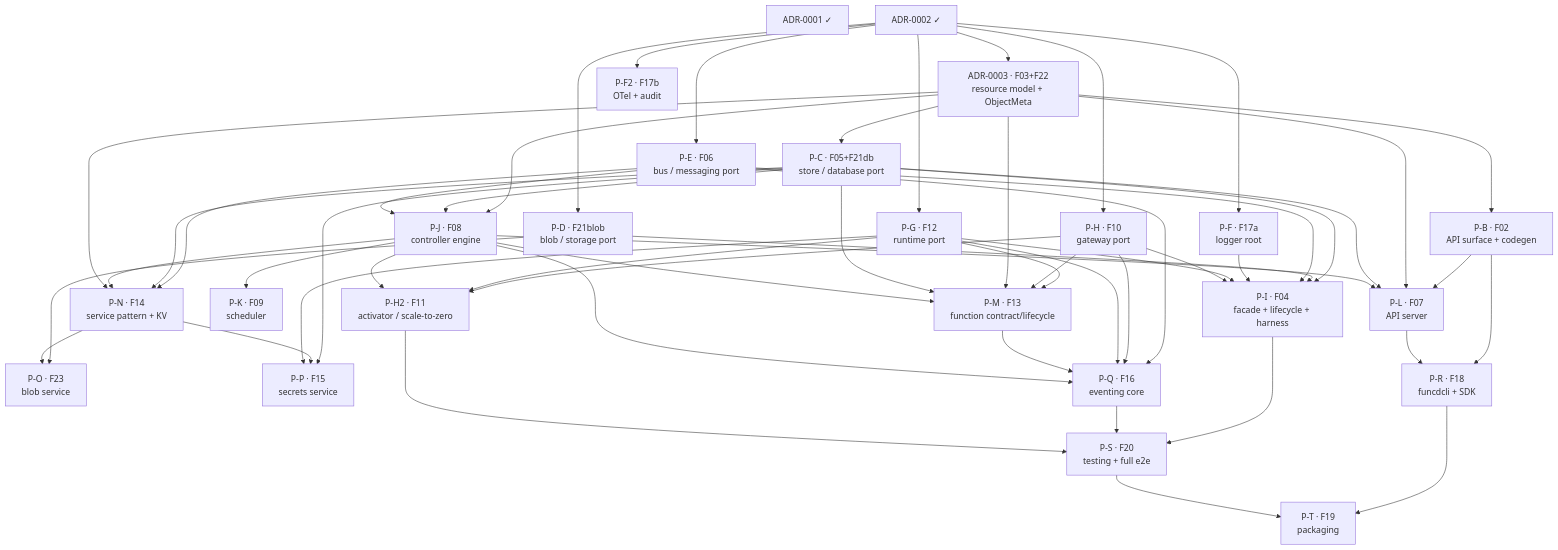
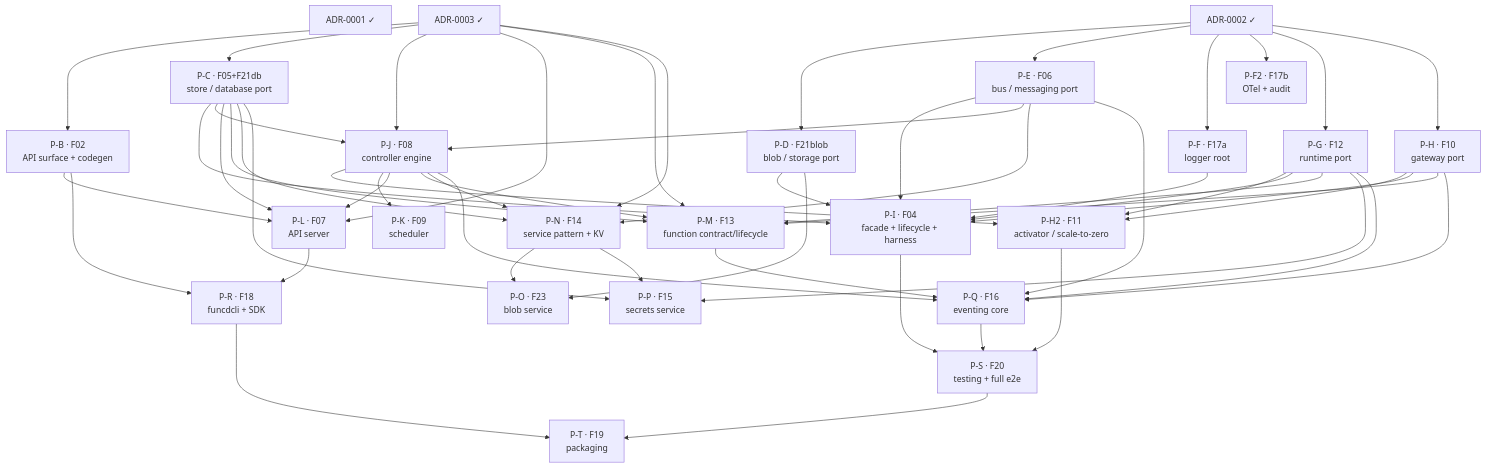
The diagram in docs/roadmap/v1-delivery-plan.md (pyvvo/funcd), drawn with Mermaid before and after one commit. The commit also changed other lines of this file and 1 other file, not shown here.

Commit message:
chore: update V1 delivery plan and plan JSON to reflect ADR-0003 implementation

````diff
--- a/docs/roadmap/v1-delivery-plan.md
+++ b/docs/roadmap/v1-delivery-plan.md
@@ -87,80 +89,79 @@
 ```mermaid
 flowchart TB
     ADR_0001["ADR-0001 ✓"]
     ADR_0002["ADR-0002 ✓"]
-    ADR_0003["ADR-0003 · F03+F22<br/>resource model + ObjectMeta"]
+    ADR_0003["ADR-0003 ✓"]
     P_B["P-B · F02<br/>API surface + codegen"]
     P_C["P-C · F05+F21db<br/>store / database port"]
     P_D["P-D · F21blob<br/>blob / storage port"]
     P_E["P-E · F06<br/>bus / messaging port"]
     P_F["P-F · F17a<br/>logger root"]
     P_F2["P-F2 · F17b<br/>OTel + audit"]
     P_G["P-G · F12<br/>runtime port"]
     P_H["P-H · F10<br/>gateway port"]
     P_H2["P-H2 · F11<br/>activator / scale-to-zero"]
     P_I["P-I · F04<br/>facade + lifecycle + harness"]
     P_J["P-J · F08<br/>controller engine"]
     P_K["P-K · F09<br/>scheduler"]
     P_L["P-L · F07<br/>API server"]
     P_M["P-M · F13<br/>function contract/lifecycle"]
     P_N["P-N · F14<br/>service pattern + KV"]
     P_O["P-O · F23<br/>blob service"]
     P_P["P-P · F15<br/>secrets service"]
     P_Q["P-Q · F16<br/>eventing core"]
     P_R["P-R · F18<br/>funcdcli + SDK"]
     P_S["P-S · F20<br/>testing + full e2e"]
     P_T["P-T · F19<br/>packaging"]
 
-    ADR_0002 --> ADR_0003
     ADR_0003 --> P_B
     ADR_0003 --> P_C
     ADR_0002 --> P_D
     ADR_0002 --> P_E
     ADR_0002 --> P_F
     ADR_0002 --> P_F2
     ADR_0002 --> P_G
     ADR_0002 --> P_H
     P_H --> P_H2
     P_G --> P_H2
     P_J --> P_H2
     P_C --> P_I
     P_D --> P_I
     P_E --> P_I
     P_F --> P_I
     P_G --> P_I
     P_H --> P_I
     ADR_0003 --> P_J
     P_C --> P_J
     P_E --> P_J
     P_J --> P_K
     P_B --> P_L
     ADR_0003 --> P_L
     P_C --> P_L
     P_J --> P_L
     P_G --> P_M
     P_H --> P_M
     ADR_0003 --> P_M
     P_C --> P_M
     P_J --> P_M
     P_E --> P_N
     P_C --> P_N
     P_J --> P_N
     ADR_0003 --> P_N
     P_D --> P_O
     P_N --> P_O
     P_C --> P_P
     P_N --> P_P
     P_G --> P_P
     P_E --> P_Q
     P_H --> P_Q
     P_G --> P_Q
     P_M --> P_Q
     P_J --> P_Q
     P_B --> P_R
     P_L --> P_R
     P_I --> P_S
     P_Q --> P_S
     P_H2 --> P_S
     P_R --> P_T
     P_S --> P_T
 ```
````
